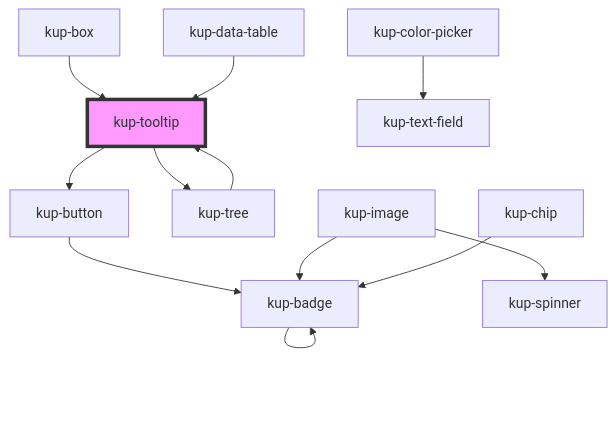
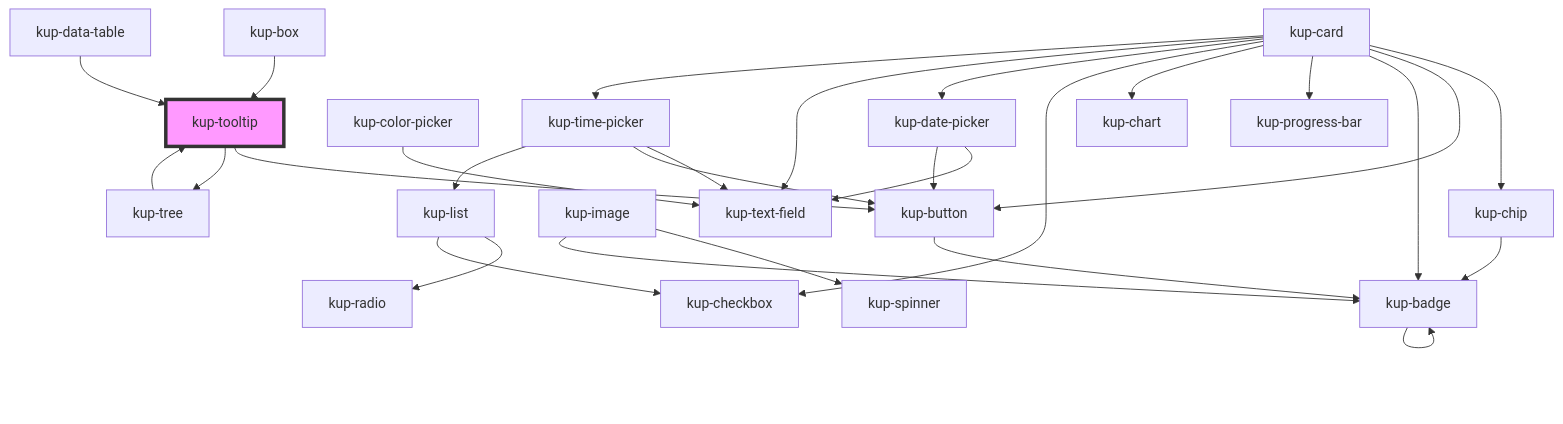
The diagram in packages/ketchup/src/components/kup-tooltip/readme.md (smeup/ketchup), drawn with Mermaid before and after one commit. The commit also changed 11 other files, not shown here.

````diff
--- a/packages/ketchup/src/components/kup-tooltip/readme.md
+++ b/packages/ketchup/src/components/kup-tooltip/readme.md
@@ -71,15 +71,31 @@
 ```mermaid
 graph TD;
   kup-tooltip --> kup-button
   kup-tooltip --> kup-tree
   kup-button --> kup-badge
   kup-badge --> kup-badge
   kup-tree --> kup-tooltip
   kup-image --> kup-spinner
   kup-image --> kup-badge
   kup-chip --> kup-badge
   kup-color-picker --> kup-text-field
+  kup-card --> kup-chip
+  kup-card --> kup-button
+  kup-card --> kup-badge
+  kup-card --> kup-progress-bar
+  kup-card --> kup-chart
+  kup-card --> kup-checkbox
+  kup-card --> kup-date-picker
+  kup-card --> kup-text-field
+  kup-card --> kup-time-picker
+  kup-date-picker --> kup-text-field
+  kup-date-picker --> kup-button
+  kup-time-picker --> kup-text-field
+  kup-time-picker --> kup-button
+  kup-time-picker --> kup-list
+  kup-list --> kup-radio
+  kup-list --> kup-checkbox
   kup-box --> kup-tooltip
   kup-data-table --> kup-tooltip
   style kup-tooltip fill:#f9f,stroke:#333,stroke-width:4px
 ```
````
